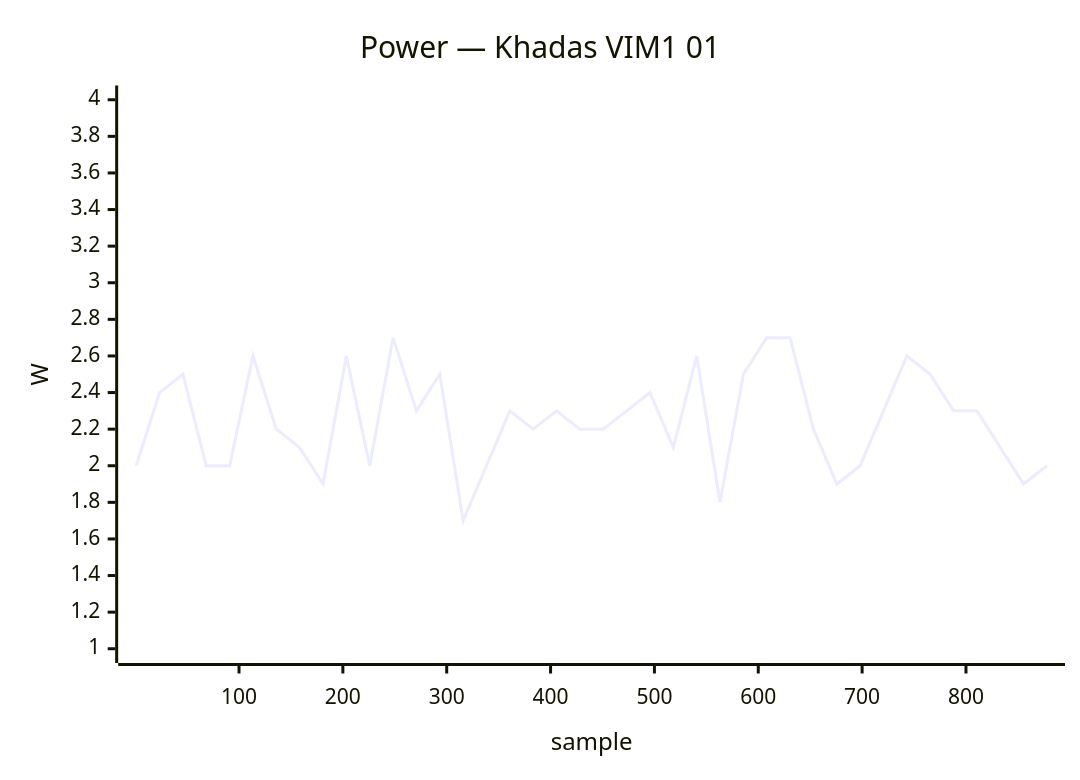
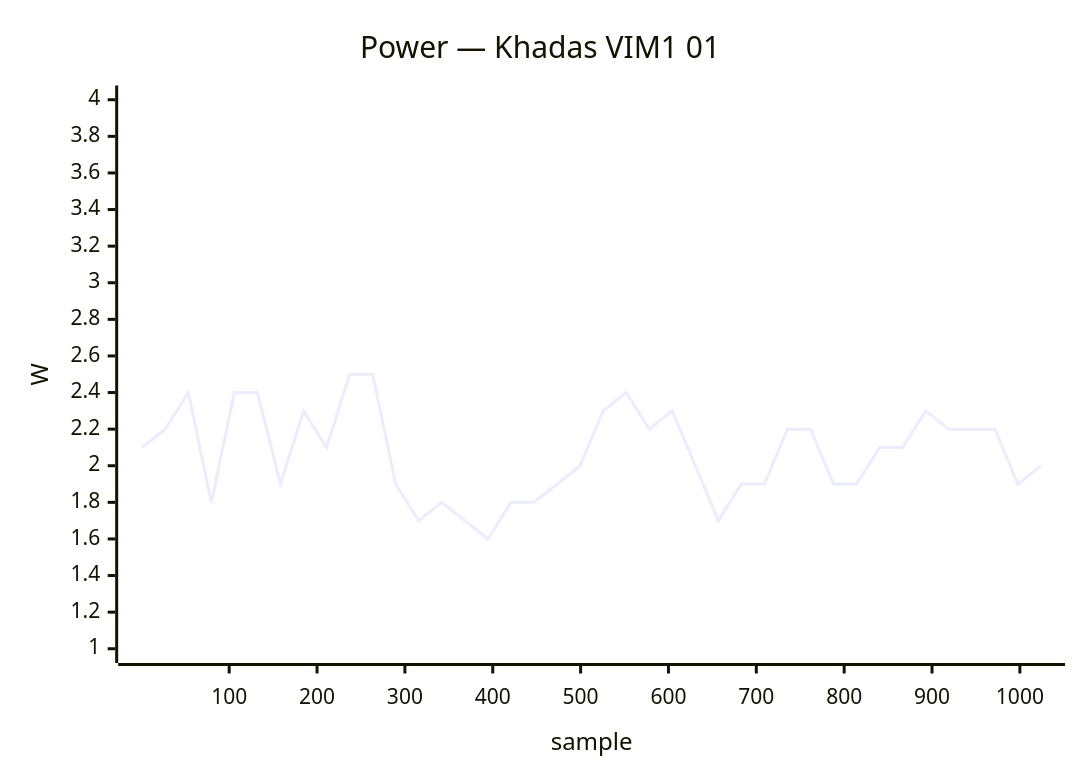
Diagram 19 of 40 in docs/status/board-tests.md (armbian/documentation), drawn with Mermaid before and after one commit. The commit also changed other lines of this file, not shown here.

````diff
--- a/docs/status/board-tests.md
+++ b/docs/status/board-tests.md
@@ -639,7 +871,7 @@
 ```mermaid
 xychart-beta
     title "Power — Khadas VIM1 01"
-    x-axis "sample" 1 --> 878
+    x-axis "sample" 1 --> 1024
     y-axis "W" 1.0 --> 4.0
-    line [2.0, 2.4, 2.5, 2.0, 2.0, 2.6, 2.2, 2.1, 1.9, 2.6, 2.0, 2.7, 2.3, 2.5, 1.7, 2.0, 2.3, 2.2, 2.3, 2.2, 2.2, 2.3, 2.4, 2.1, 2.6, 1.8, 2.5, 2.7, 2.7, 2.2, 1.9, 2.0, 2.3, 2.6, 2.5, 2.3, 2.3, 2.1, 1.9, 2.0]
+    line [2.1, 2.2, 2.4, 1.8, 2.4, 2.4, 1.9, 2.3, 2.1, 2.5, 2.5, 1.9, 1.7, 1.8, 1.7, 1.6, 1.8, 1.8, 1.9, 2.0, 2.3, 2.4, 2.2, 2.3, 2.0, 1.7, 1.9, 1.9, 2.2, 2.2, 1.9, 1.9, 2.1, 2.1, 2.3, 2.2, 2.2, 2.2, 1.9, 2.0]
 ```
````
